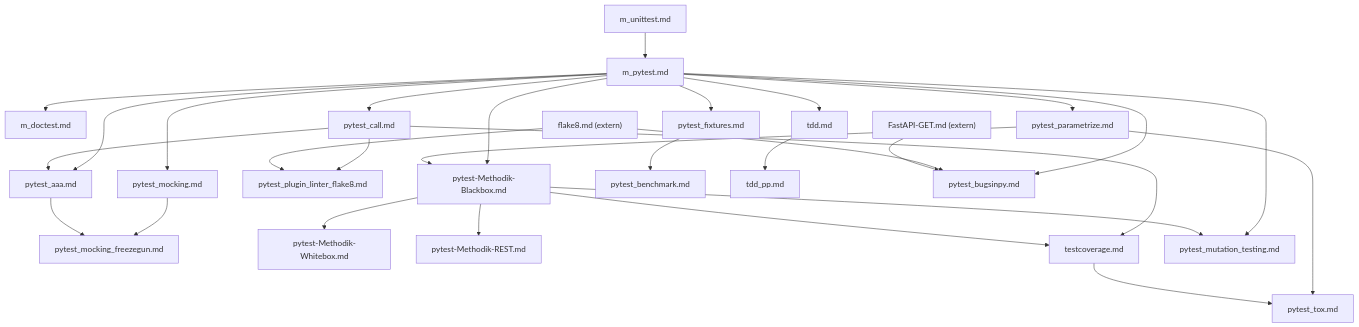
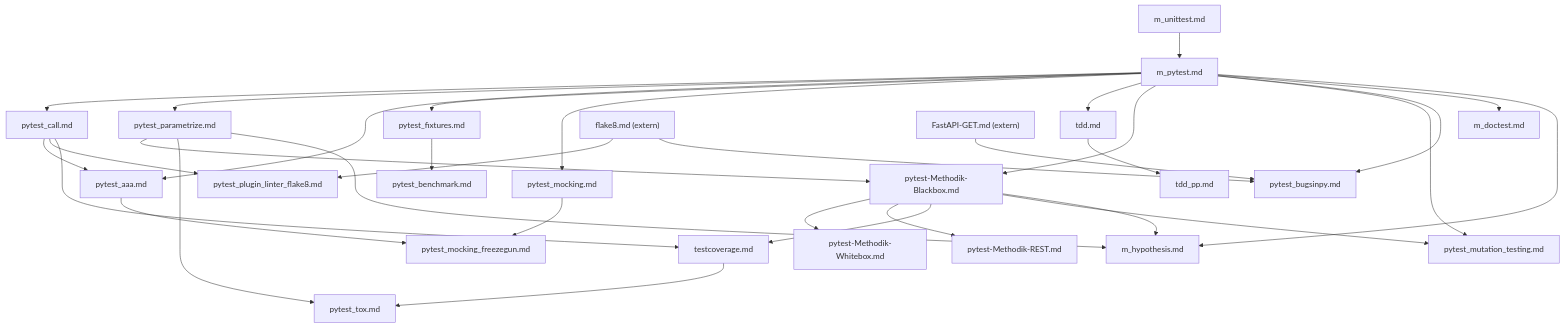
Before and after one commit to fubinf/propra-inf: the diagram in ch/Testen/Unittests/index.md, drawn with Mermaid. The commit also changed other lines of this file and 2 other files, not shown here.

Commit message:
m_hypothesis.md: #200; added task in stage alpha

````diff
--- a/ch/Testen/Unittests/index.md
+++ b/ch/Testen/Unittests/index.md
@@ -19,54 +19,58 @@
 ```mermaid
 graph TD
     m_unittest["m_unittest.md"]
     m_pytest["m_pytest.md"]
     m_doctest["m_doctest.md"]
+    m_hypothesis["m_hypothesis.md"]
     pytest_call["pytest_call.md"]
     pytest_parametrize["pytest_parametrize.md"]
     pytest_aaa["pytest_aaa.md"]
     pytest_fixtures["pytest_fixtures.md"]
     pytest_mocking["pytest_mocking.md"]
     pytest_mocking_freezegun["pytest_mocking_freezegun.md"]
     pytest_plugin_linter_flake8["pytest_plugin_linter_flake8.md"]
     tdd["tdd.md"]
     pytest_methodik_blackbox["pytest-Methodik-Blackbox.md"]
     pytest_methodik_whitebox["pytest-Methodik-Whitebox.md"]
     pytest_methodik_rest["pytest-Methodik-REST.md"]
     flake8_ext["flake8.md (extern)"]
     fastapi_get_ext["FastAPI-GET.md (extern)"]
     testcoverage["testcoverage.md"]
     pytest_benchmark["pytest_benchmark.md"]
     pytest_tox["pytest_tox.md"]
     pytest_mutation_testing["pytest_mutation_testing.md"]
     tdd_pp["tdd_pp.md"]
     pytest_bugsinpy["pytest_bugsinpy.md"]
 
     m_unittest --> m_pytest
     m_pytest --> pytest_call
     m_pytest --> pytest_parametrize
     m_pytest --> pytest_aaa
     m_pytest --> pytest_fixtures
     m_pytest --> pytest_mocking
     m_pytest --> tdd
     m_pytest --> pytest_methodik_blackbox
     m_pytest --> pytest_mutation_testing
     m_pytest --> pytest_bugsinpy
     m_pytest --> m_doctest
+    m_pytest --> m_hypothesis
     pytest_call --> pytest_aaa
     pytest_call --> pytest_plugin_linter_flake8
     pytest_call --> testcoverage
     pytest_parametrize --> pytest_methodik_blackbox
     pytest_parametrize --> pytest_tox
+    pytest_parametrize --> m_hypothesis
     pytest_methodik_blackbox --> pytest_methodik_whitebox
     pytest_methodik_blackbox --> pytest_methodik_rest
     pytest_methodik_blackbox --> testcoverage
     pytest_methodik_blackbox --> pytest_mutation_testing
+    pytest_methodik_blackbox --> m_hypothesis
     pytest_mocking --> pytest_mocking_freezegun
     pytest_aaa --> pytest_mocking_freezegun
     pytest_fixtures --> pytest_benchmark
     tdd --> tdd_pp
     testcoverage --> pytest_tox
     flake8_ext --> pytest_plugin_linter_flake8
     flake8_ext --> pytest_bugsinpy
     fastapi_get_ext --> pytest_bugsinpy
 ```
````
